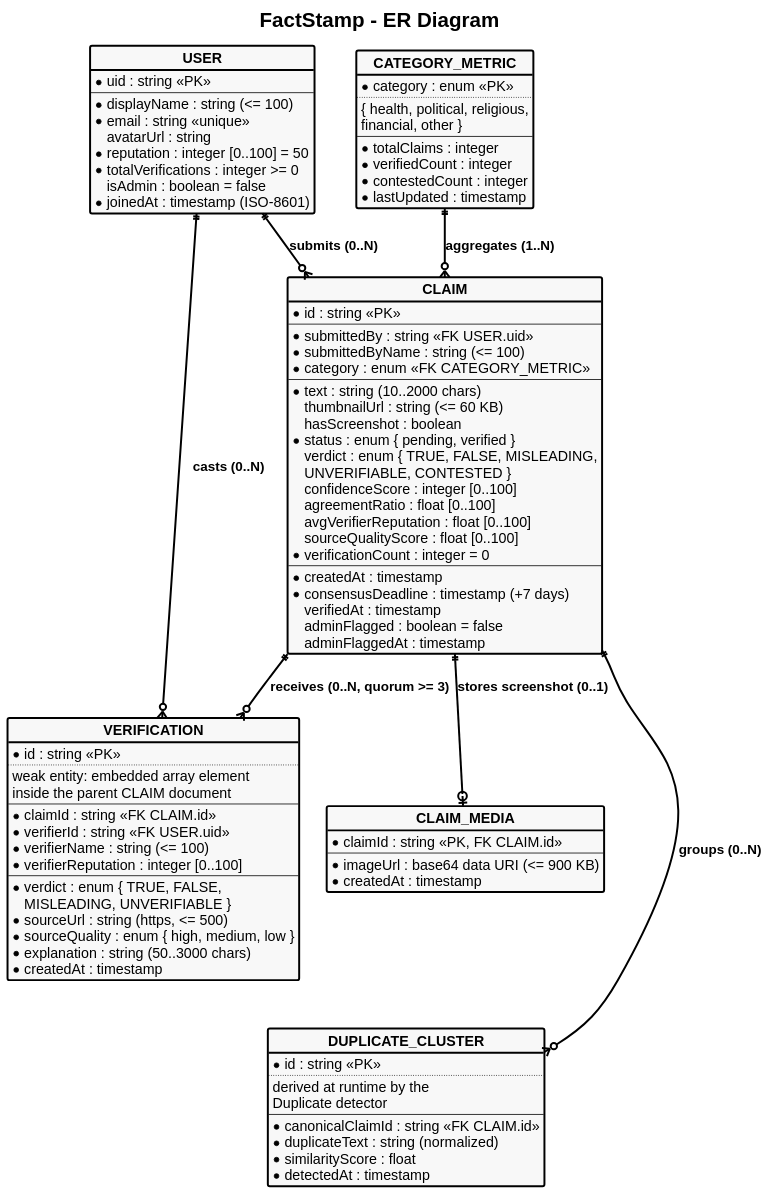
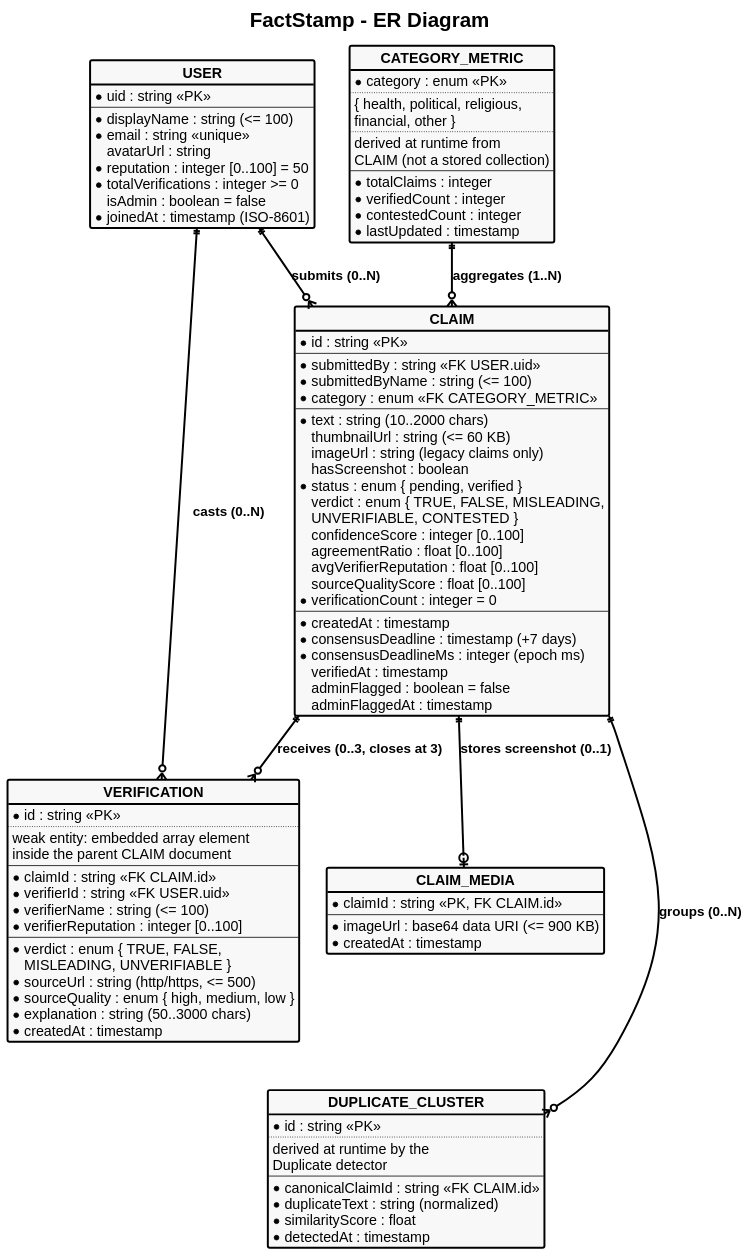
The diagram in FactStamp/main_blackbook/03_Requirements_and_Analysis/attachments/er_diagram.puml (aadish0day/typst), drawn with PlantUML before and after one commit. The commit also changed 36 other files, not shown here.

First line of the commit message:
docs(FactStamp): reflect reputation cloud function in diagrams and wireframes

```diff
--- a/FactStamp/main_blackbook/03_Requirements_and_Analysis/attachments/er_diagram.puml
+++ b/FactStamp/main_blackbook/03_Requirements_and_Analysis/attachments/er_diagram.puml
@@ -1,128 +1,133 @@
 @startuml
 skinparam style strictuml
 skinparam monochrome true
 skinparam defaultFontName "Liberation Sans"
 skinparam defaultFontSize 20
 skinparam defaultFontStyle bold
 skinparam titleFontSize 26
 skinparam titleFontStyle bold
 
 skinparam backgroundColor white
 skinparam ArrowColor black
 skinparam ArrowThickness 2.5
 skinparam ArrowFontSize 17
 skinparam ArrowFontStyle bold
 
 skinparam EntityBorderColor black
 skinparam EntityBorderThickness 2.5
 skinparam EntityBackgroundColor #F8F9FA
 skinparam EntityFontSize 22
 skinparam EntityFontStyle bold
 
 skinparam ClassBorderColor black
 skinparam ClassBorderThickness 2.5
 skinparam ClassBackgroundColor #F8F9FA
 skinparam ClassFontSize 22
 skinparam ClassFontStyle bold
 skinparam ClassAttributeFontSize 18
 
 title FactStamp - ER Diagram
 
 entity "USER" as User {
   * uid : string <<PK>>
   --
   * displayName : string (<= 100)
   * email : string <<unique>>
   avatarUrl : string
   * reputation : integer [0..100] = 50
   * totalVerifications : integer >= 0
   isAdmin : boolean = false
   * joinedAt : timestamp (ISO-8601)
 }
 
 entity "CATEGORY_METRIC" as CategoryMetric {
   * category : enum <<PK>>
   ..
   { health, political, religious,
   financial, other }
+  ..
+  derived at runtime from
+  CLAIM (not a stored collection)
   --
   * totalClaims : integer
   * verifiedCount : integer
   * contestedCount : integer
   * lastUpdated : timestamp
 }
 
 entity "CLAIM" as Claim {
   * id : string <<PK>>
   --
   * submittedBy : string <<FK USER.uid>>
   * submittedByName : string (<= 100)
   * category : enum <<FK CATEGORY_METRIC>>
   --
   * text : string (10..2000 chars)
   thumbnailUrl : string (<= 60 KB)
+  imageUrl : string (legacy claims only)
   hasScreenshot : boolean
   * status : enum { pending, verified }
   verdict : enum { TRUE, FALSE, MISLEADING,
   UNVERIFIABLE, CONTESTED }
   confidenceScore : integer [0..100]
   agreementRatio : float [0..100]
   avgVerifierReputation : float [0..100]
   sourceQualityScore : float [0..100]
   * verificationCount : integer = 0
   --
   * createdAt : timestamp
   * consensusDeadline : timestamp (+7 days)
+  * consensusDeadlineMs : integer (epoch ms)
   verifiedAt : timestamp
   adminFlagged : boolean = false
   adminFlaggedAt : timestamp
 }
 
 entity "VERIFICATION" as Verification {
   * id : string <<PK>>
   ..
   weak entity: embedded array element
   inside the parent CLAIM document
   --
   * claimId : string <<FK CLAIM.id>>
   * verifierId : string <<FK USER.uid>>
   * verifierName : string (<= 100)
   * verifierReputation : integer [0..100]
   --
   * verdict : enum { TRUE, FALSE,
   MISLEADING, UNVERIFIABLE }
-  * sourceUrl : string (https, <= 500)
+  * sourceUrl : string (http/https, <= 500)
   * sourceQuality : enum { high, medium, low }
   * explanation : string (50..3000 chars)
   * createdAt : timestamp
 }
 
 entity "CLAIM_MEDIA" as ClaimMedia {
   * claimId : string <<PK, FK CLAIM.id>>
   --
   * imageUrl : base64 data URI (<= 900 KB)
   * createdAt : timestamp
 }
 
 entity "DUPLICATE_CLUSTER" as DuplicateCluster {
   * id : string <<PK>>
   ..
   derived at runtime by the
   Duplicate detector
   --
   * canonicalClaimId : string <<FK CLAIM.id>>
   * duplicateText : string (normalized)
   * similarityScore : float
   * detectedAt : timestamp
 }
 
 CategoryMetric ||--o{ Claim : "aggregates (1..N)"
 User ||--o{ Claim : "submits (0..N)"
-Claim ||--o{ Verification : "receives (0..N, quorum >= 3)"
+Claim ||--o{ Verification : "receives (0..3, closes at 3)"
 User ||--o{ Verification : "casts (0..N)"
 Claim ||--o{ DuplicateCluster : "groups (0..N)"
 Claim ||--o| ClaimMedia : "stores screenshot (0..1)"
 
 Verification -[hidden]down-> DuplicateCluster
 
 @enduml
```
